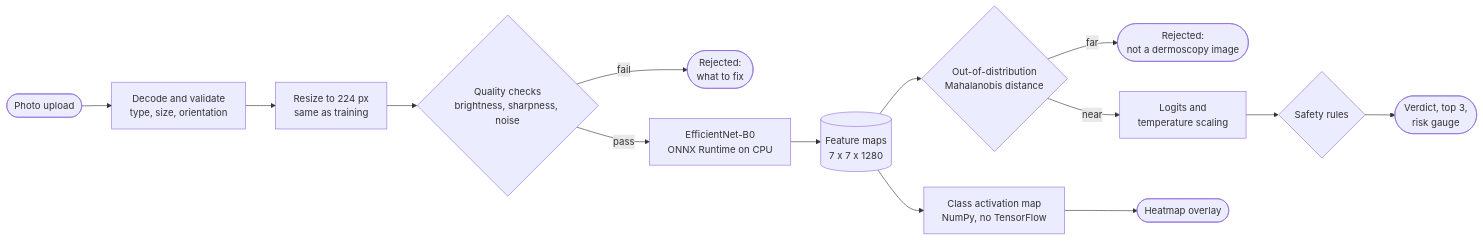
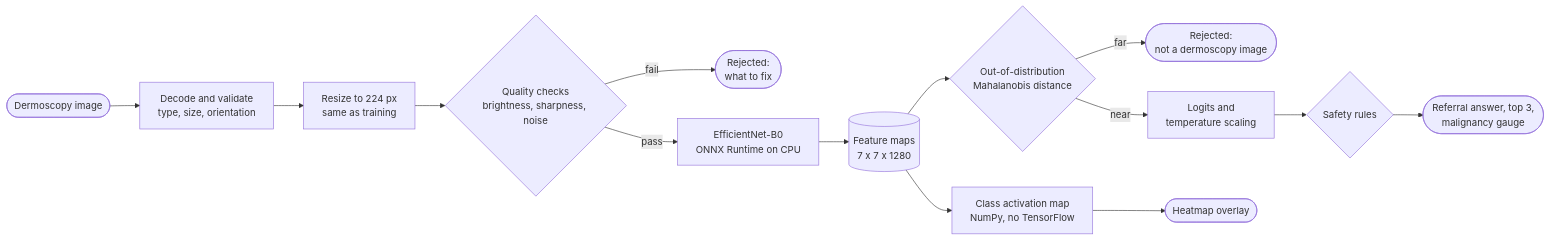
One commit to OmkarJayvantJadhav/MedVisionAI changed the first of 3 diagrams in README.md. Above: the diagram before and after it, drawn with Mermaid. The commit also changed other lines of this file and 5 other files, not shown here.

First line of the commit message:
docs: narrow MedVision AI to a referral check for dermoscopy images

````diff
--- a/README.md
+++ b/README.md
@@ -184,16 +193,16 @@
 ```mermaid
 flowchart LR
-    U(["Photo upload"]) --> D["Decode and validate<br/>type, size, orientation"]
+    U(["Dermoscopy image"]) --> D["Decode and validate<br/>type, size, orientation"]
     D --> R["Resize to 224 px<br/>same as training"]
     R --> Q{"Quality checks<br/>brightness, sharpness, noise"}
     Q -- fail --> X(["Rejected:<br/>what to fix"])
     Q -- pass --> M["EfficientNet-B0<br/>ONNX Runtime on CPU"]
     M --> F[("Feature maps<br/>7 x 7 x 1280")]
     F --> O{"Out-of-distribution<br/>Mahalanobis distance"}
     O -- far --> Y(["Rejected:<br/>not a dermoscopy image"])
     O -- near --> L["Logits and<br/>temperature scaling"]
     L --> S{"Safety rules"}
-    S --> V(["Verdict, top 3,<br/>risk gauge"])
+    S --> V(["Referral answer, top 3,<br/>malignancy gauge"])
     F --> C["Class activation map<br/>NumPy, no TensorFlow"]
     C --> H(["Heatmap overlay"])
 ```
````
